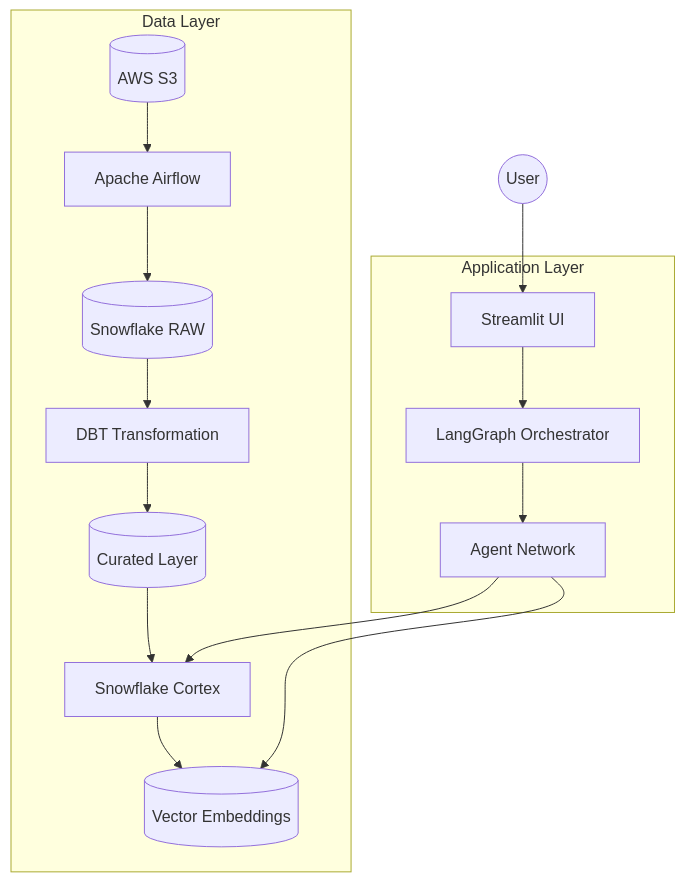
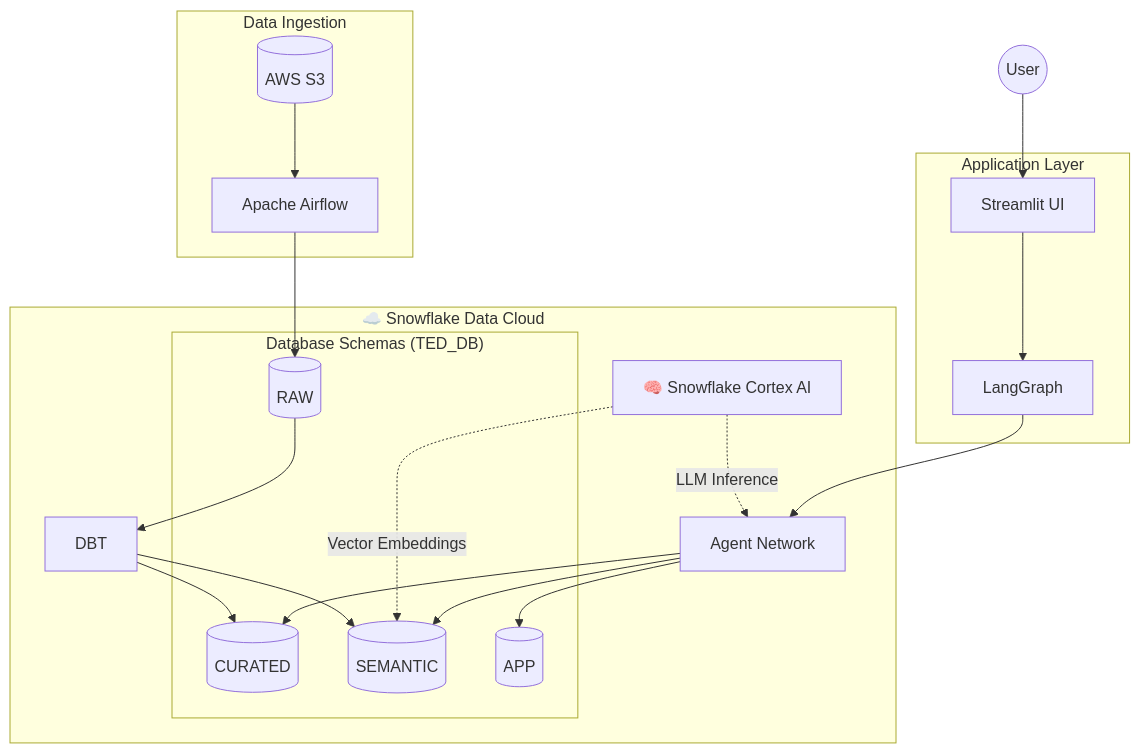
Before and after one commit to mihir-rahate/TED_Agent_AI: the first of 6 diagrams in README.md, drawn with Mermaid. The commit also changed other lines of this file, not shown here.

````diff
--- a/README.md
+++ b/README.md
@@ -63,20 +80,34 @@
 ```mermaid
 graph TD
-    subgraph "Data Layer"
+    subgraph "Data Ingestion"
         S3[(AWS S3)] --> Airflow[Apache Airflow]
-        Airflow --> SF[(Snowflake RAW)]
-        SF --> DBT[DBT Transformation]
-        DBT --> Curated[(Curated Layer)]
-        Curated --> Cortex[Snowflake Cortex]
-        Cortex --> Embeddings[(Vector Embeddings)]
+    end
+    
+    subgraph SNOWFLAKE["☁️ Snowflake Data Cloud"]
+        subgraph SCHEMAS["Database Schemas (TED_DB)"]
+            RAW[(RAW)]
+            CURATED[(CURATED)]
+            SEMANTIC[(SEMANTIC)]
+            APP[(APP)]
+        end
+        
+        CORTEX[🧠 Snowflake Cortex AI]
+        
+        Airflow --> RAW
+        RAW --> DBT[DBT]
+        DBT --> CURATED
+        DBT --> SEMANTIC
+        CORTEX -.->|Vector Embeddings| SEMANTIC
+        CORTEX -.->|LLM Inference| Agents
     end
     
     subgraph "Application Layer"
-        UI[Streamlit UI] --> LG[LangGraph Orchestrator]
+        UI[Streamlit UI] --> LG[LangGraph]
         LG --> Agents[Agent Network]
-        Agents --> Cortex
-        Agents --> Embeddings
+        Agents --> CURATED
+        Agents --> SEMANTIC
+        Agents --> APP
     end
     
     User((User)) --> UI
 ```
````
